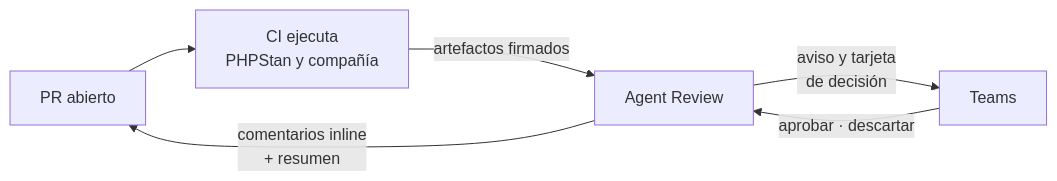
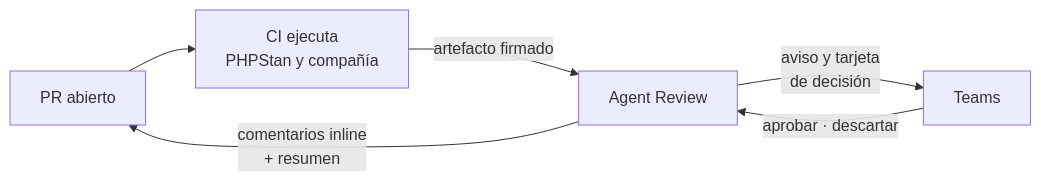
Before and after one commit to pcgarat/agent-review-langgraph: the diagram in README.md, drawn with Mermaid. The commit also changed other lines of this file and 2 other files, not shown here.

````diff
--- a/README.md
+++ b/README.md
@@ -20,8 +30,8 @@
 ```mermaid
 flowchart LR
     PR["PR abierto"] --> CI["CI ejecuta<br/>PHPStan y compañía"]
-    CI -->|"artefactos firmados"| AGENTE["Agent Review"]
+    CI -->|"artefacto firmado"| AGENTE["Agent Review"]
     AGENTE -->|"comentarios inline<br/>+ resumen"| PR
     AGENTE -->|"aviso y tarjeta<br/>de decisión"| TEAMS["Teams"]
     TEAMS -->|"aprobar · descartar"| AGENTE
 ```
````
